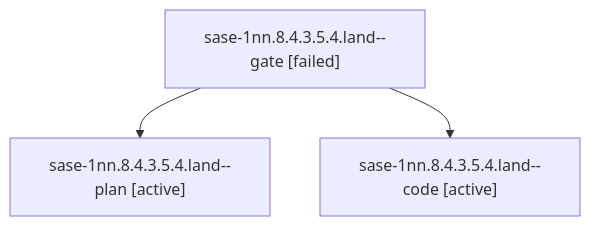
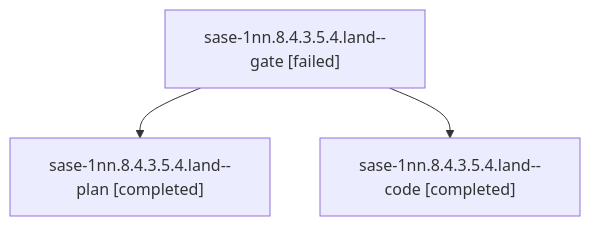
One commit to sase-org/sase--agents changed the diagram in sessions/bbugyi200.athena.sase-1nn.8.4.3.5.4.land.md. Above: the diagram before and after it, drawn with Mermaid. The commit also changed other lines of this file and 140 other files, not shown here.

````diff
--- a/sessions/bbugyi200.athena.sase-1nn.8.4.3.5.4.land.md
+++ b/sessions/bbugyi200.athena.sase-1nn.8.4.3.5.4.land.md
@@ -9,8 +9,8 @@
 ```mermaid
 flowchart TD
   n0["sase-1nn.8.4.3.5.4.land--gate [failed]"]
-  n1["sase-1nn.8.4.3.5.4.land--plan [active]"]
+  n1["sase-1nn.8.4.3.5.4.land--plan [completed]"]
   n0 --> n1
-  n2["sase-1nn.8.4.3.5.4.land--code [active]"]
+  n2["sase-1nn.8.4.3.5.4.land--code [completed]"]
   n0 --> n2
 ```
````
